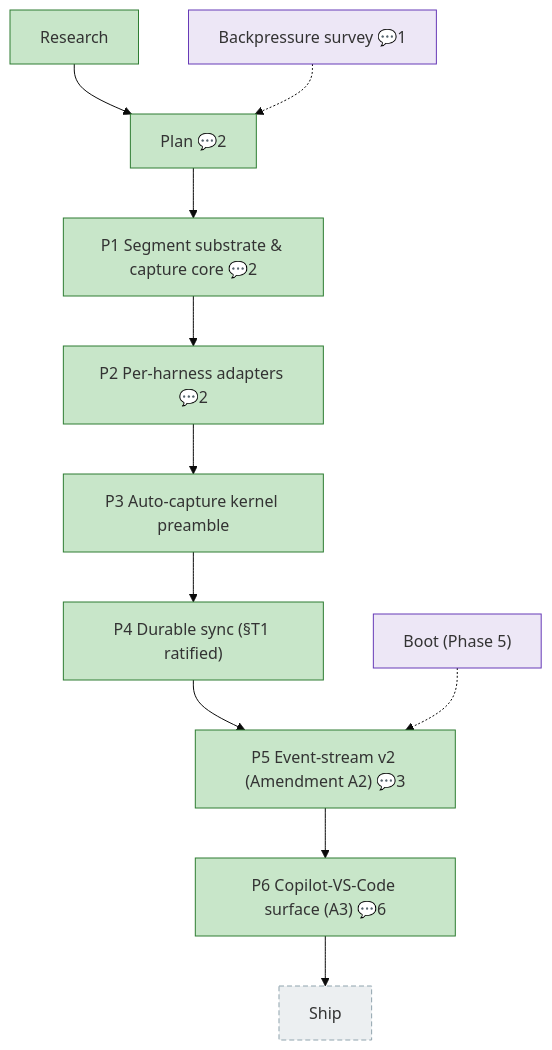
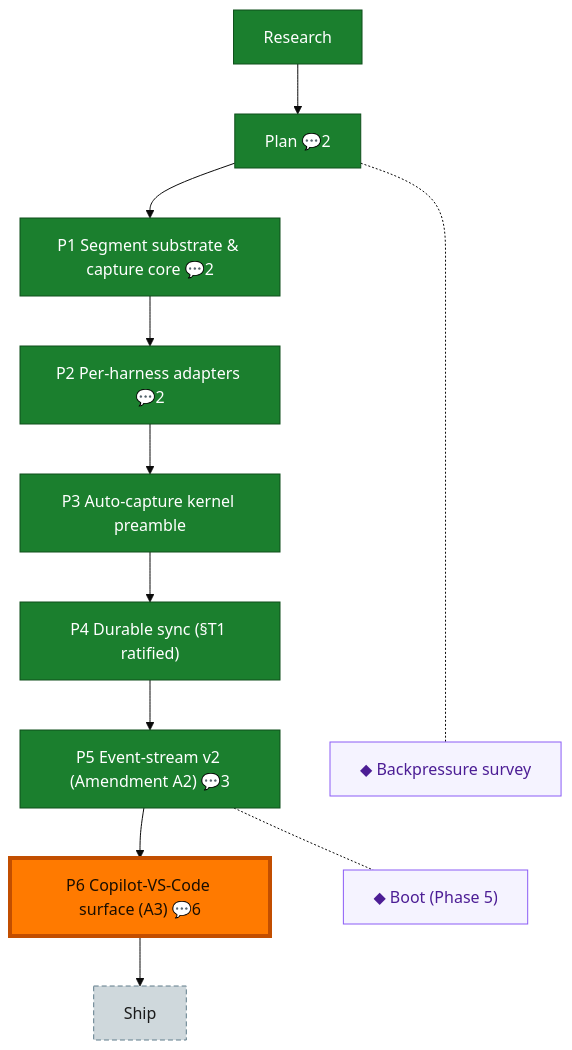
Before and after one commit to AI-Substrate/harness-engineering: the diagram in docs/plans/034-harness-telemetry-collection/the-flow.md, drawn with Mermaid (base theme). The commit also changed other lines of this file and 53 other files, not shown here.

First line of the commit message:
docs: close out flow states + land prior-session artifacts (034-052)

````diff
--- a/docs/plans/034-harness-telemetry-collection/the-flow.md
+++ b/docs/plans/034-harness-telemetry-collection/the-flow.md
@@ -8,39 +8,30 @@
 ```mermaid
 flowchart TD
-    ship["Ship"]:::assumed
+    research["Research"]:::done
     plan["Plan 💬2"]:::done
-    research["Research"]:::done
     phase_1["P1 Segment substrate & capture core 💬2"]:::done
     phase_2["P2 Per-harness adapters 💬2"]:::done
     phase_3["P3 Auto-capture kernel preamble"]:::done
     phase_4["P4 Durable sync (§T1 ratified)"]:::done
     phase_5["P5 Event-stream v2 (Amendment A2) 💬3"]:::done
     phase_6["P6 Copilot-VS-Code surface (A3) 💬6"]:::done
+    ship["Ship"]:::assumed
 
-    plan --> phase_1
-    research --> plan
-    phase_1 --> phase_2
-    phase_2 --> phase_3
-    phase_3 --> phase_4
-    phase_4 --> phase_5
-    phase_5 --> phase_6
-    phase_6 --> ship
+    research --> plan --> phase_1 --> phase_2 --> phase_3 --> phase_4 --> phase_5 --> phase_6 --> ship
 
-    backpressure["Backpressure survey 💬1"]:::harness
-    harness_boot_p5["Boot (Phase 5)"]:::harness
-    backpressure -.-> plan
-    harness_boot_p5 -.-> phase_5
+    planC["◆ Backpressure survey"]:::chore
+    phase_5C["◆ Boot (Phase 5)"]:::chore
 
-    classDef done fill:#C8E6C9,stroke:#2E7D32;
-    classDef wip fill:#FFE0B2,stroke:#EF6C00;
-    classDef blocked fill:#FFCDD2,stroke:#C62828;
-    classDef known fill:#BBDEFB,stroke:#1565C0;
-    classDef assumed fill:#ECEFF1,stroke:#90A4AE,stroke-dasharray:5 3;
-    classDef said fill:#FFF9C4,stroke:#F9A825;
-    classDef harness fill:#EDE7F6,stroke:#673AB7;
-    classDef decision fill:#FFF3E0,stroke:#FB8C00,stroke-dasharray:2 2;
-    classDef companion fill:#D1C4E9,stroke:#5E35B1;
-    classDef worker fill:#B2DFDB,stroke:#00897B;
-    classDef chore fill:#E0F2F1,stroke:#00897B,stroke-dasharray:3 2;
-    classDef unknown fill:#FAFAFA,stroke:#BDBDBD,stroke-dasharray:1 4;
+    %% invisible chain holds the gutter boxes in their own column
+    planC ~~~ phase_5C
+
+    %% dotted links pull each gutter box beside its node
+    plan -.- planC
+    phase_5 -.- phase_5C
+
+    classDef done fill:#1B7F2E,stroke:#0F4F1B,color:#fff;
+    classDef assumed fill:#CFD8DC,stroke:#607D8B,color:#1a1a1a,stroke-dasharray:5 3;
+    classDef chore fill:#f5f3ff,stroke:#8b5cf6,color:#4c1d95,text-align:left;
+    classDef current fill:#FF7A00,stroke:#C24E00,color:#1a0e00,stroke-width:4px;
+    class phase_6 current;
 ```
````
